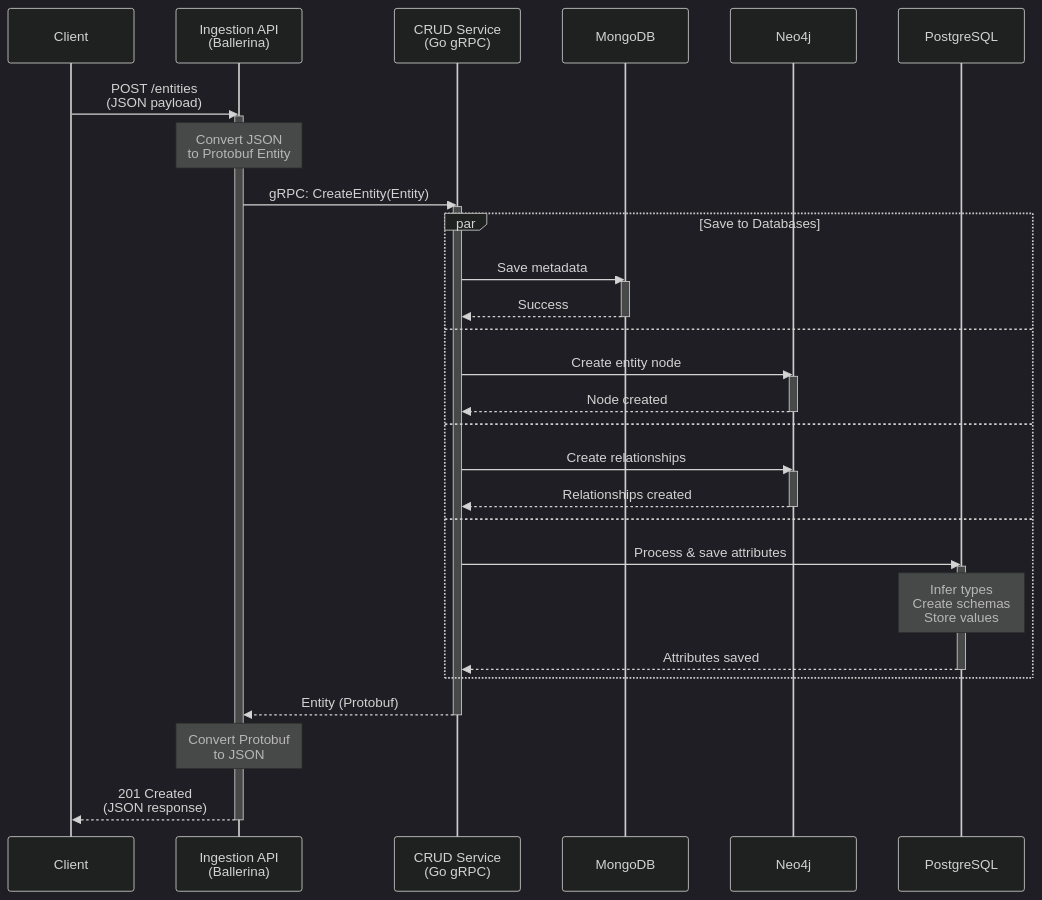
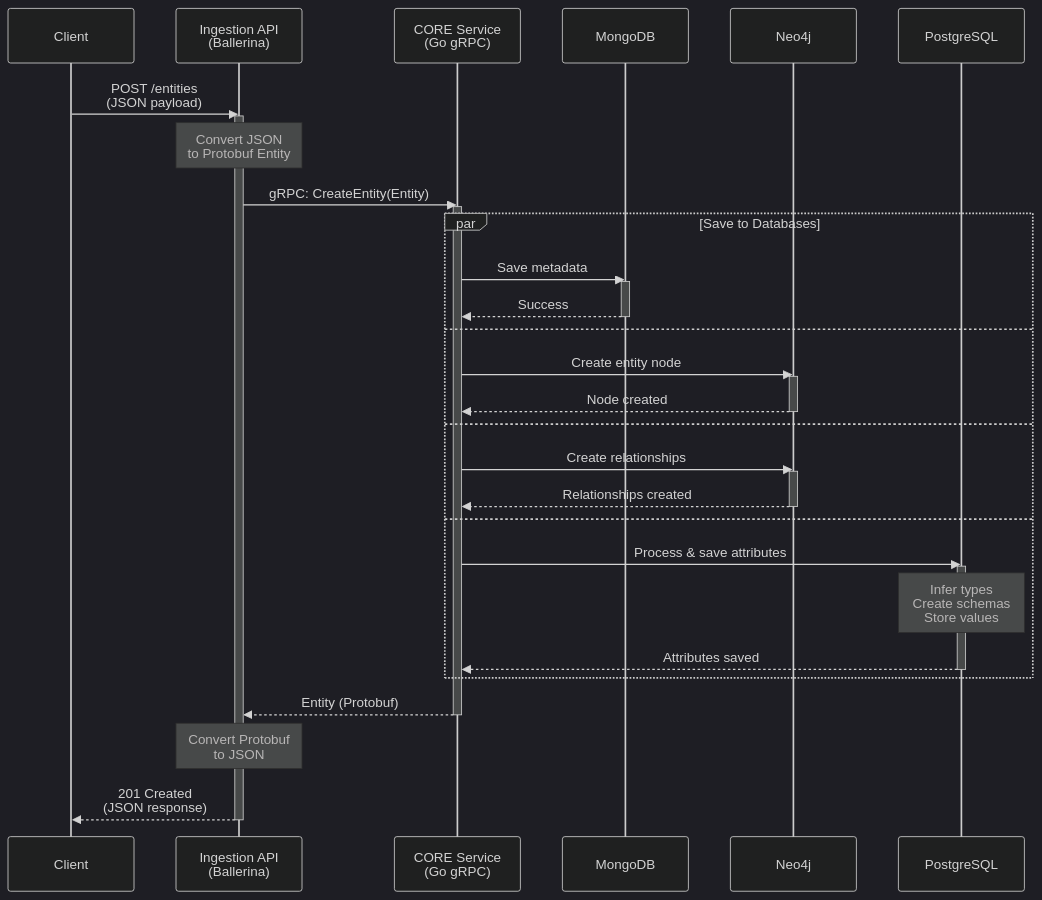
Before and after one commit to LDFLK/nexoan: the second of 10 diagrams in docs/architecture/diagrams.md, drawn with Mermaid (dark theme). The commit also changed other lines of this file and 14 other files, not shown here.

````diff
--- a/docs/architecture/diagrams.md
+++ b/docs/architecture/diagrams.md
@@ -78,48 +78,48 @@
 ```mermaid
 sequenceDiagram
     participant Client
     participant IngestionAPI as Ingestion API<br/>(Ballerina)
-    participant CRUD as CRUD Service<br/>(Go gRPC)
+    participant CORE as CORE Service<br/>(Go gRPC)
     participant Mongo as MongoDB
     participant Neo4j
     participant Postgres as PostgreSQL
     
     Client->>IngestionAPI: POST /entities<br/>(JSON payload)
     activate IngestionAPI
     
     Note over IngestionAPI: Convert JSON<br/>to Protobuf Entity
     
-    IngestionAPI->>CRUD: gRPC: CreateEntity(Entity)
-    activate CRUD
+    IngestionAPI->>CORE: gRPC: CreateEntity(Entity)
+    activate CORE
     
     par Save to Databases
-        CRUD->>Mongo: Save metadata
+        CORE->>Mongo: Save metadata
         activate Mongo
-        Mongo-->>CRUD: Success
+        Mongo-->>CORE: Success
         deactivate Mongo
     and
-        CRUD->>Neo4j: Create entity node
+        CORE->>Neo4j: Create entity node
         activate Neo4j
-        Neo4j-->>CRUD: Node created
+        Neo4j-->>CORE: Node created
         deactivate Neo4j
     and
-        CRUD->>Neo4j: Create relationships
+        CORE->>Neo4j: Create relationships
         activate Neo4j
-        Neo4j-->>CRUD: Relationships created
+        Neo4j-->>CORE: Relationships created
         deactivate Neo4j
     and
-        CRUD->>Postgres: Process & save attributes
+        CORE->>Postgres: Process & save attributes
         activate Postgres
         Note over Postgres: Infer types<br/>Create schemas<br/>Store values
-        Postgres-->>CRUD: Attributes saved
+        Postgres-->>CORE: Attributes saved
         deactivate Postgres
     end
     
-    CRUD-->>IngestionAPI: Entity (Protobuf)
-    deactivate CRUD
+    CORE-->>IngestionAPI: Entity (Protobuf)
+    deactivate CORE
     
     Note over IngestionAPI: Convert Protobuf<br/>to JSON
     
     IngestionAPI-->>Client: 201 Created<br/>(JSON response)
     deactivate IngestionAPI
 ```
````
